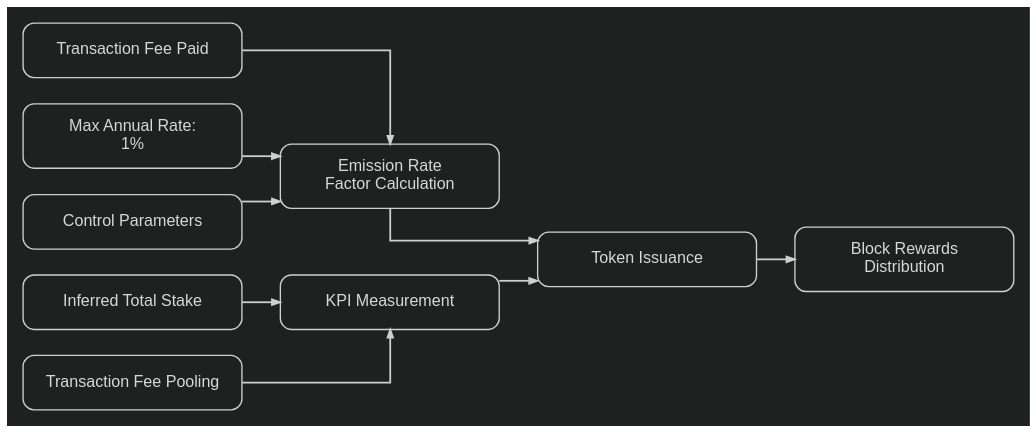
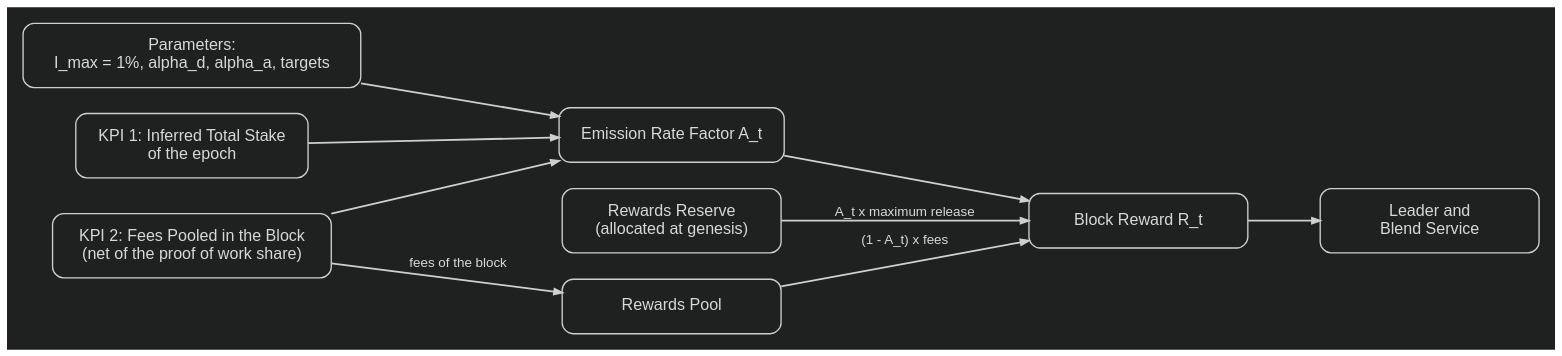
One commit to logos-co/logos-lips changed the diagram in docs/blockchain/raw/block-rewards/assets/high-level-system-design.dot. Above: the diagram before and after it, drawn with Graphviz. The commit also changed 4 other files, not shown here.

Commit message:
docs(blockchain): redraw the block rewards design and project the supply with a per-block simulation

```diff
--- a/docs/blockchain/raw/block-rewards/assets/high-level-system-design.dot
+++ b/docs/blockchain/raw/block-rewards/assets/high-level-system-design.dot
@@ -1,67 +1,70 @@
 /*
  * Block rewards: high-level system design
  *
  * Render:
  *   dot -Tpng -Gdpi=160 high-level-system-design.dot -o high-level-system-design.png
  *   dot -Tsvg           high-level-system-design.dot -o high-level-system-design.svg
  */
 
 digraph high_level_system_design {
   rankdir = LR;
   bgcolor = "#1f2020";
-  splines = ortho;
+  splines = true;
   nodesep = 0.40;
-  ranksep = 0.60;
+  ranksep = 1.10;
   pad     = 0.25;
 
   node [
     shape     = box,
     style     = "rounded,filled",
     fillcolor = "#1f2020",
     color     = "#cfcfcf",
     penwidth  = 1.5,
     fontname  = "Helvetica",
     fontsize  = 18,
     fontcolor = "#d8d8d8",
     margin    = "0.20,0.22",
     width     = 3.40,
     height    = 0.85
   ];
 
   edge [
     color     = "#cfcfcf",
     penwidth  = 2,
     arrowsize = 0.9
   ];
 
-  /* Inputs: measured signals and fixed parameters */
-  fee_paid [label = "Transaction Fee Paid"];
-  max_rate [label = "Max Annual Rate:\n1%"];
-  control  [label = "Control Parameters"];
-  stake    [label = "Inferred Total Stake"];
-  pooling  [label = "Transaction Fee Pooling"];
+  edge [fontname = "Helvetica", fontsize = 15, fontcolor = "#d8d8d8"];
+
+  /* Inputs: the two KPIs of the block and the fixed parameters */
+  stake    [label = "KPI 1: Inferred Total Stake\nof the epoch"];
+  fees     [label = "KPI 2: Fees Pooled in the Block\n(net of the proof of work share)"];
+  params   [label = "Parameters:\nI_max = 1%, alpha_d, alpha_a, targets"];
+
+  /* Stocks allocated at genesis or fed by the fees */
+  reserve  [label = "Rewards Reserve\n(allocated at genesis)"];
+  pool     [label = "Rewards Pool"];
 
   /* Computation and output */
-  emission [label = "Emission Rate\nFactor Calculation"];
-  kpi      [label = "KPI Measurement"];
-  issuance [label = "Token Issuance"];
-  rewards  [label = "Block Rewards\nDistribution"];
+  factor   [label = "Emission Rate Factor A_t"];
+  reward   [label = "Block Reward R_t"];
+  paid     [label = "Leader and\nBlend Service"];
 
-  { rank = same; fee_paid; max_rate; control; stake; pooling; }
-  { rank = same; emission; kpi; }
+  { rank = same; stake; fees; params; }
+  { rank = same; reserve; factor; pool; }
 
-  /* Emission rate factor is bounded by the parameters and driven by fee payment */
-  fee_paid -> emission;
-  max_rate -> emission;
-  control  -> emission;
+  /* The emission rate factor combines the KPIs within the parameters */
+  stake  -> factor;
+  fees   -> factor;
+  params -> factor;
 
-  /* The two primary KPIs */
-  stake   -> kpi;
-  pooling -> kpi;
+  /* The fees of the block go to the pool */
+  fees -> pool [label = "  fees of the block  "];
 
-  /* Issuance combines the reserve release with the pooled fees */
-  emission -> issuance;
-  kpi      -> issuance;
+  /* The reward releases from the reserve and pays back part of the fees */
+  factor  -> reward;
+  reserve -> reward [label = "  A_t x maximum release  "];
+  pool    -> reward [label = "  (1 - A_t) x fees  "];
 
-  issuance -> rewards;
+  reward -> paid;
 }
```
